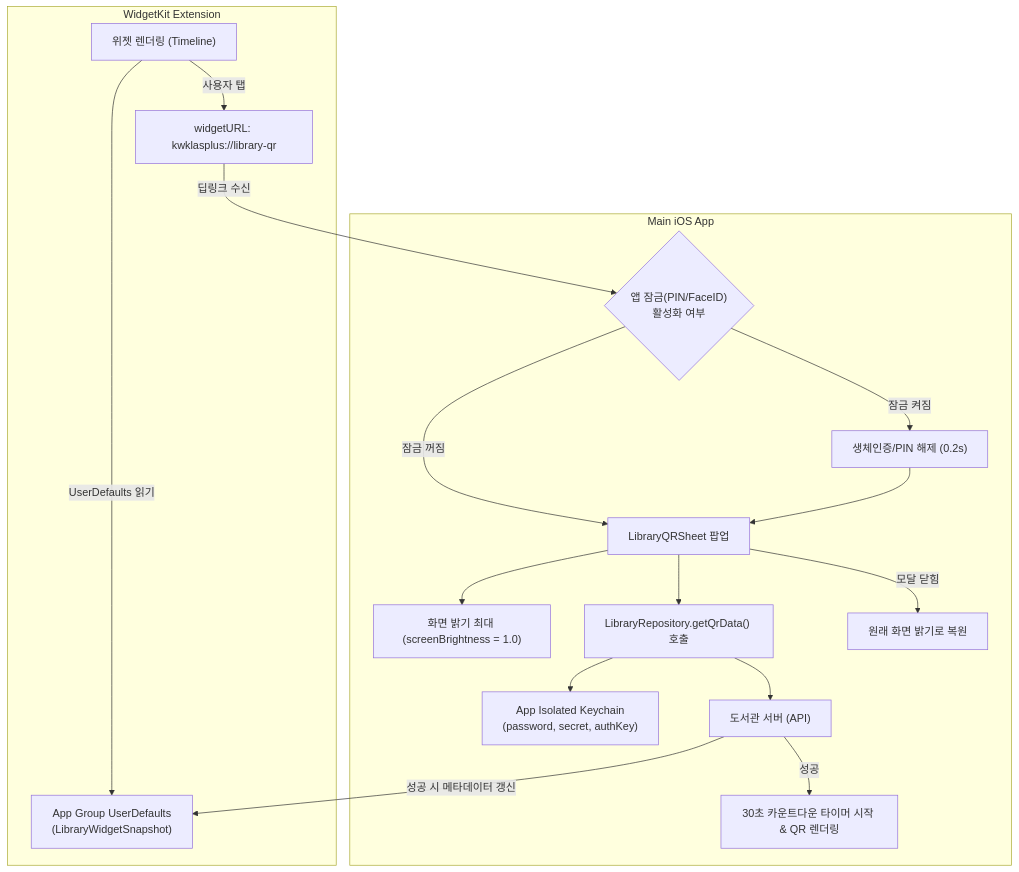
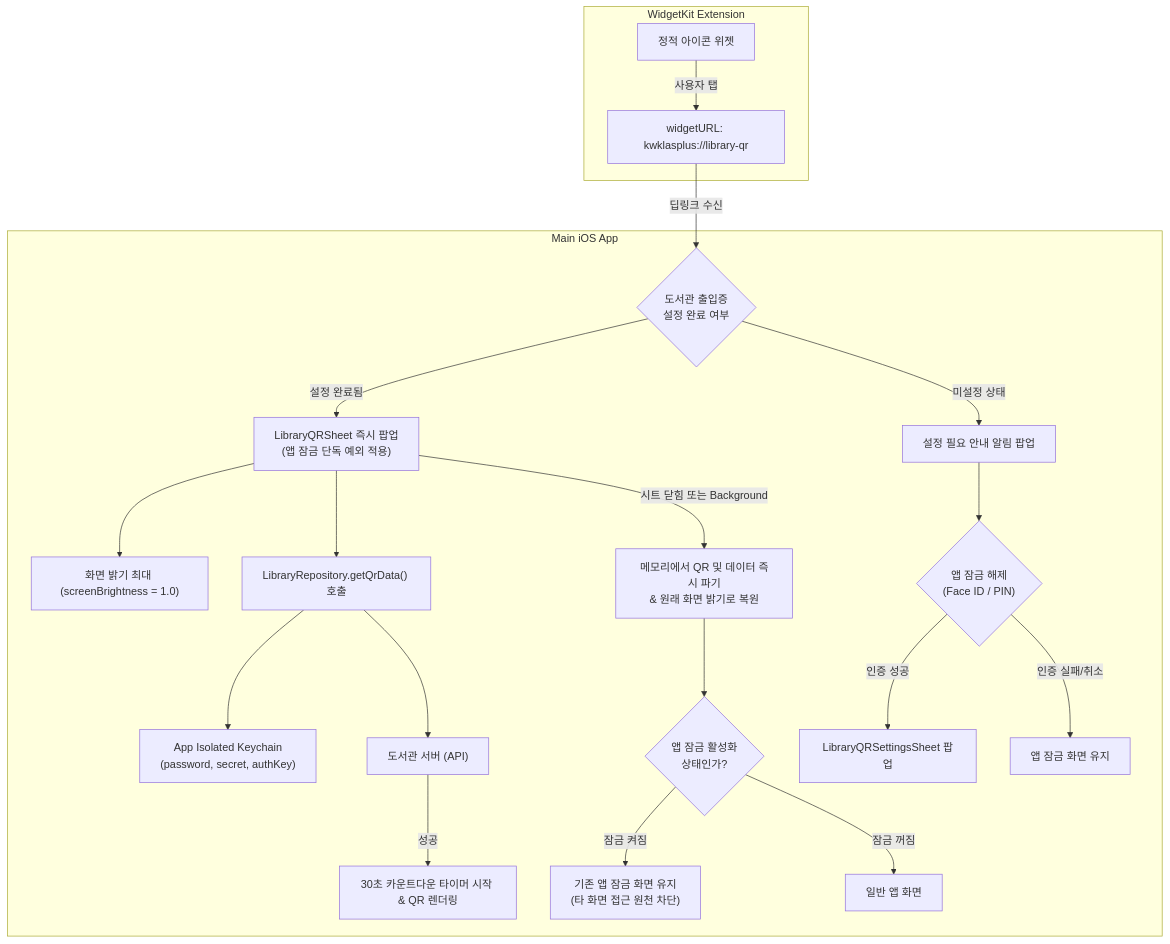
Before and after one commit to IceCream0910/kw-klas-plus: the diagram in docs/adr/ADR-006-ios-library-qr-widget.md, drawn with Mermaid. The commit also changed other lines of this file and 4 other files, not shown here.

````diff
--- a/docs/adr/ADR-006-ios-library-qr-widget.md
+++ b/docs/adr/ADR-006-ios-library-qr-widget.md
@@ -59,21 +60,27 @@
 ```mermaid
 flowchart TD
   subgraph WidgetKit ["WidgetKit Extension"]
-    WEntry["위젯 렌더링 (Timeline)"] -->|UserDefaults 읽기| WSnapshot["App Group UserDefaults<br>(LibraryWidgetSnapshot)"]
-    WEntry -->|사용자 탭| WURL["widgetURL: kwklasplus://library-qr"]
+    WEntry["정적 아이콘 위젯"] -->|사용자 탭| WURL["widgetURL: kwklasplus://library-qr"]
   end
 
   subgraph MainApp ["Main iOS App"]
-    WURL -->|딥링크 수신| AppLock{"앱 잠금(PIN/FaceID)<br>활성화 여부"}
-    AppLock -->|잠금 켜짐| Unlock["생체인증/PIN 해제 (0.2s)"]
-    AppLock -->|잠금 꺼짐| OpenQR["LibraryQRSheet 팝업"]
-    Unlock --> OpenQR
-    OpenQR --> Brightness["화면 밝기 최대 (screenBrightness = 1.0)"]
-    OpenQR --> Fetch["LibraryRepository.getQrData() 호출"]
+    WURL -->|딥링크 수신| ConfigCheck{"도서관 출입증<br>설정 완료 여부"}
+    
+    ConfigCheck -->|설정 완료됨| QRSheet["LibraryQRSheet 즉시 팝업<br>(앱 잠금 단독 예외 적용)"]
+    QRSheet --> Brightness["화면 밝기 최대 (screenBrightness = 1.0)"]
+    QRSheet --> Fetch["LibraryRepository.getQrData() 호출"]
     Fetch --> Keychain["App Isolated Keychain<br>(password, secret, authKey)"]
     Fetch --> Server["도서관 서버 (API)"]
     Server -->|성공| RenderQR["30초 카운트다운 타이머 시작 & QR 렌더링"]
-    Server -->|성공 시 메타데이터 갱신| WSnapshot
-    OpenQR -->|모달 닫힘| Restore["원래 화면 밝기로 복원"]
+    
+    QRSheet -->|시트 닫힘 또는 Background| CleanUp["메모리에서 QR 및 데이터 즉시 파기<br>& 원래 화면 밝기로 복원"]
+    CleanUp --> LockCheck{"앱 잠금 활성화<br>상태인가?"}
+    LockCheck -->|잠금 켜짐| KeepLocked["기존 앱 잠금 화면 유지<br>(타 화면 접근 원천 차단)"]
+    LockCheck -->|잠금 꺼짐| NormalApp["일반 앱 화면"]
+
+    ConfigCheck -->|미설정 상태| Alert["설정 필요 안내 알림 팝업"]
+    Alert --> AuthCheck{"앱 잠금 해제<br>(Face ID / PIN)"}
+    AuthCheck -->|인증 성공| Settings["LibraryQRSettingsSheet 팝업"]
+    AuthCheck -->|인증 실패/취소| LockScreen["앱 잠금 화면 유지"]
   end
 ```
````
